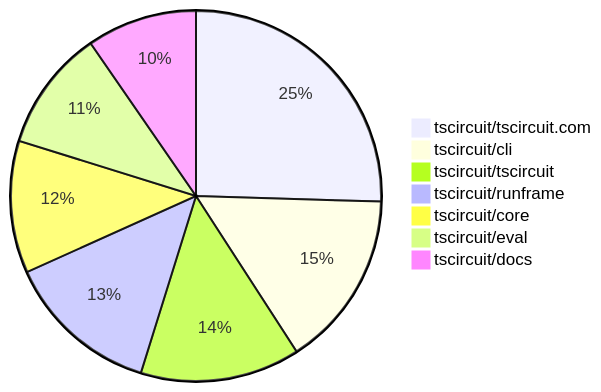
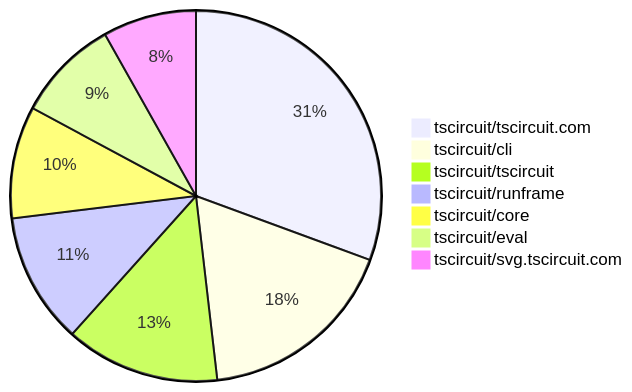
Before and after one commit to tscircuit/contribution-tracker: the second of 2 diagrams in README.md, drawn with Mermaid. The commit also changed other lines of this file and 3 other files, not shown here.

````diff
--- a/README.md
+++ b/README.md
@@ -132,10 +134,10 @@
 ```mermaid
 pie
-    "tscircuit/tscircuit.com" : 53
-    "tscircuit/cli" : 32
-    "tscircuit/tscircuit" : 29
+    "tscircuit/tscircuit.com" : 75
+    "tscircuit/cli" : 43
+    "tscircuit/tscircuit" : 33
     "tscircuit/runframe" : 28
     "tscircuit/core" : 24
     "tscircuit/eval" : 22
-    "tscircuit/docs" : 20
+    "tscircuit/svg.tscircuit.com" : 20
 ```
````
